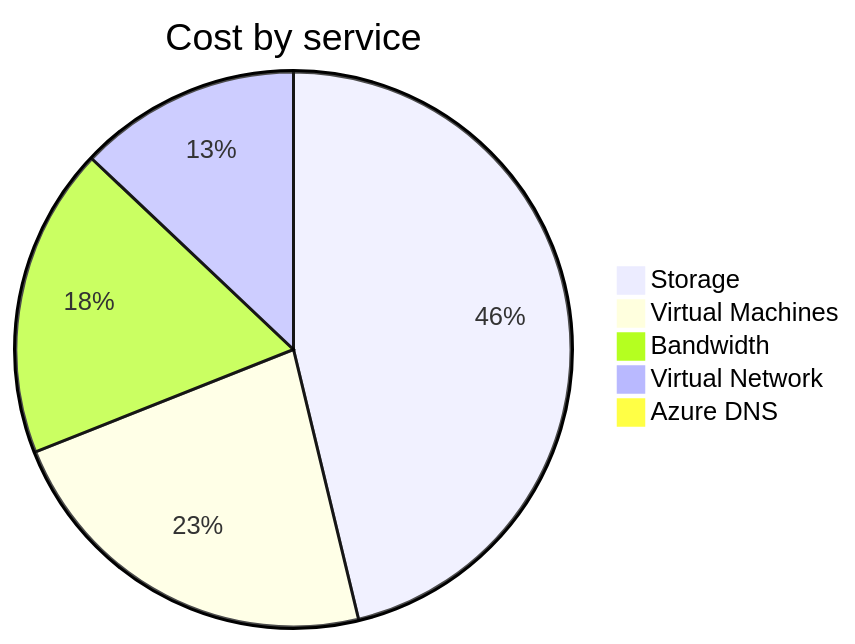
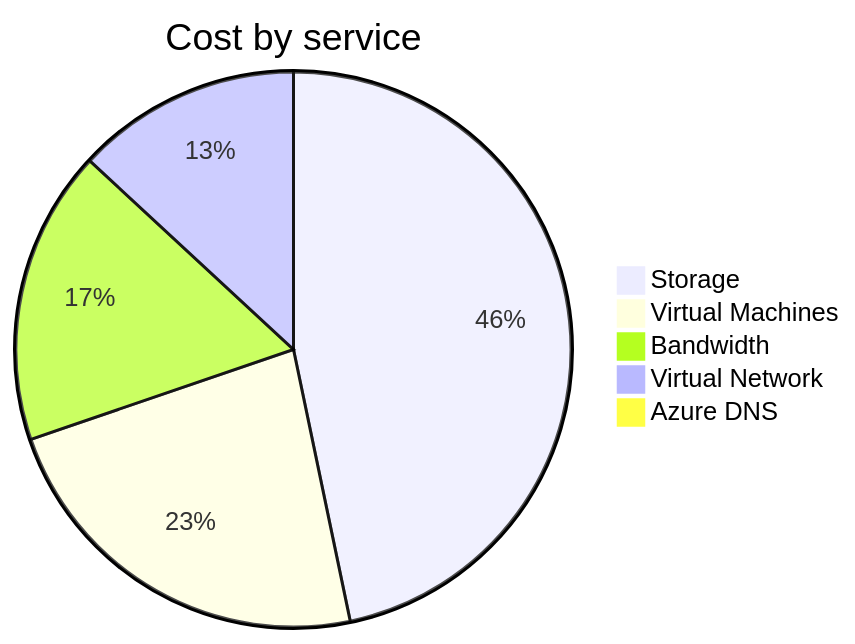
The second of 4 diagrams in cost-reports/personal-network/README.md (jpfulton/azure-personal-reports), drawn with Mermaid before and after one commit. The commit also changed other lines of this file and 8 other files, not shown here.

````diff
--- a/cost-reports/personal-network/README.md
+++ b/cost-reports/personal-network/README.md
@@ -67,9 +99,9 @@
 ```mermaid
 pie
    title Cost by service
-   "Storage" : 11.97
-   "Virtual Machines" : 5.89
+   "Storage" : 12.76
+   "Virtual Machines" : 6.29
    "Bandwidth" : 4.68
-   "Virtual Network" : 3.35
-   "Azure DNS" : 0.23
+   "Virtual Network" : 3.58
+   "Azure DNS" : 0.24
 ```
````
